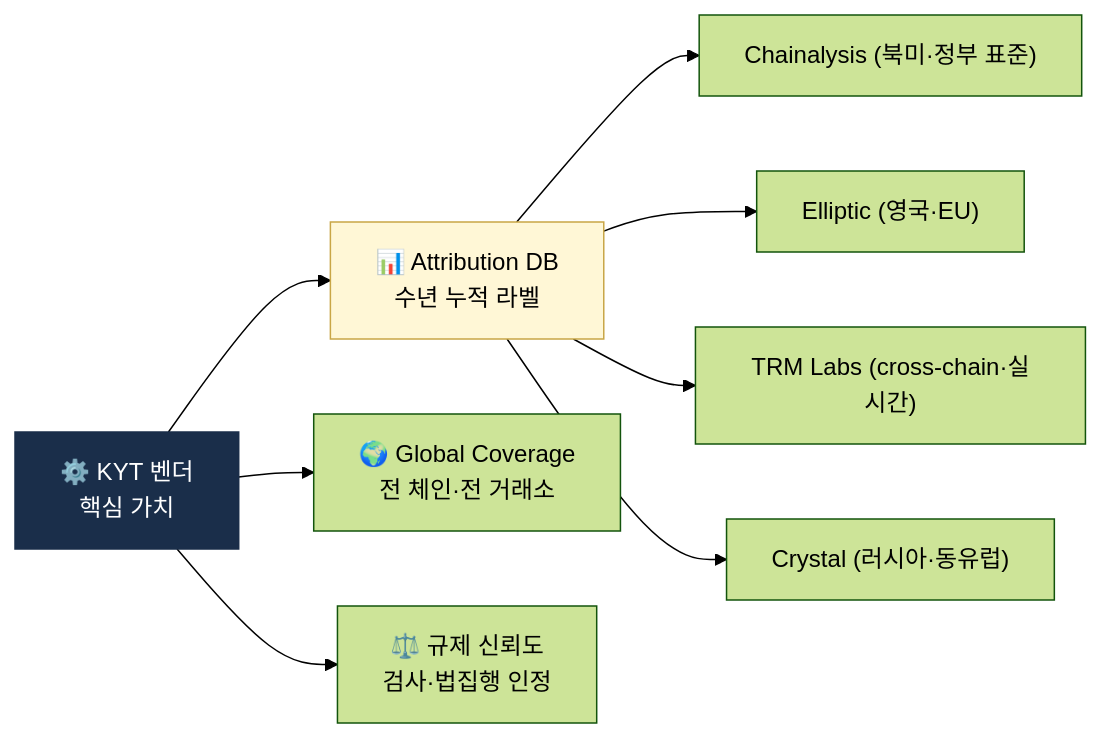
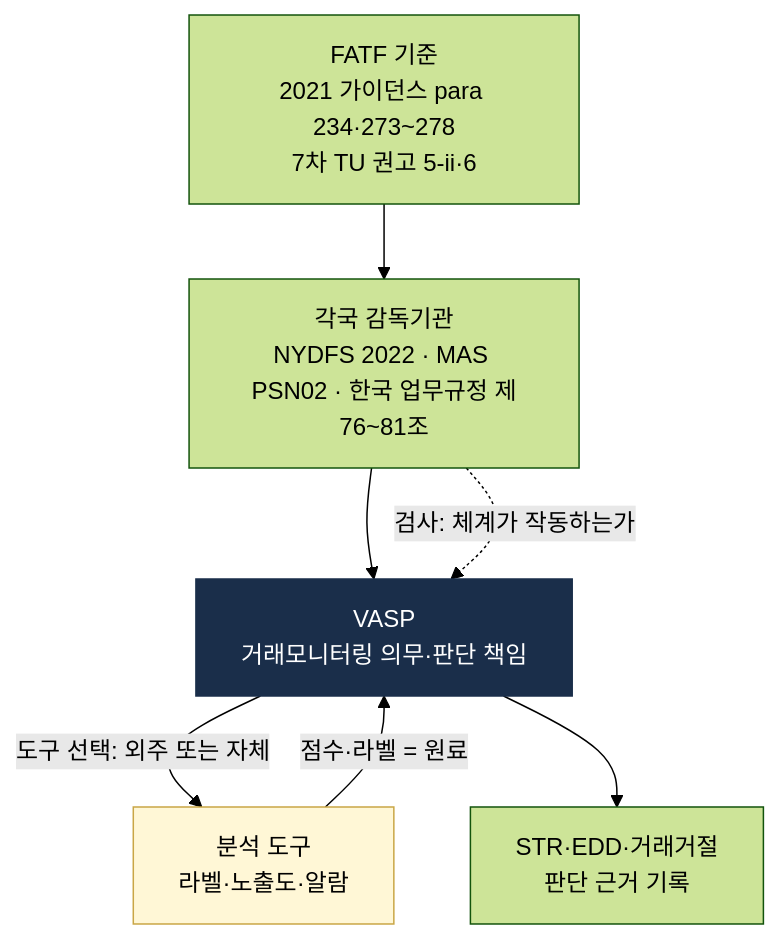
The diagram in notes/7-vendors/analytics-vendors.md (lala-david/aml-notes), drawn with Mermaid (forest theme) before and after one commit. The commit also changed other lines of this file and 379 other files, not shown here.

First line of the commit message:
notes,kb,en,deep,charts: 2026-10-21 기준 정정 46건 반영 — 출처 없는 수치를 걷어내고 다이어그램을 다시 그림

````diff
--- a/notes/7-vendors/analytics-vendors.md
+++ b/notes/7-vendors/analytics-vendors.md
@@ -16,12 +15,11 @@
 ```mermaid
-flowchart LR
-    Need["⚙️ KYT 벤더<br/>핵심 가치"] --> A["📊 Attribution DB<br/>수년 누적 라벨"]
-    Need --> B["🌍 Global Coverage<br/>전 체인·전 거래소"]
-    Need --> C["⚖️ 규제 신뢰도<br/>검사·법집행 인정"]
-    A --> Top["Chainalysis (북미·정부 표준)"]
-    A --> T2["Elliptic (영국·EU)"]
-    A --> T3["TRM Labs (cross-chain·실시간)"]
-    A --> T4["Crystal (러시아·동유럽)"]
-    style Need fill:#1a2e4a,color:#fff,stroke:#1a2e4a
-    style A fill:#fff7d6,stroke:#c9a646
+flowchart TB
+    FATF["FATF 기준<br/>2021 가이던스 para 234·273~278<br/>7차 TU 권고 5-ii·6"] --> SUP["각국 감독기관<br/>NYDFS 2022 · MAS PSN02 · 한국 업무규정 제76~81조"]
+    SUP --> VASP["VASP<br/>거래모니터링 의무·판단 책임"]
+    VASP -->|"도구 선택: 외주 또는 자체"| TOOL["분석 도구<br/>라벨·노출도·알람"]
+    TOOL -->|"점수·라벨 = 원료"| VASP
+    VASP --> OUT["STR·EDD·거래거절<br/>판단 근거 기록"]
+    SUP -.->|"검사: 체계가 작동하는가"| VASP
+    style VASP fill:#1a2e4a,color:#fff,stroke:#1a2e4a
+    style TOOL fill:#fff7d6,stroke:#c9a646
 ```
````
